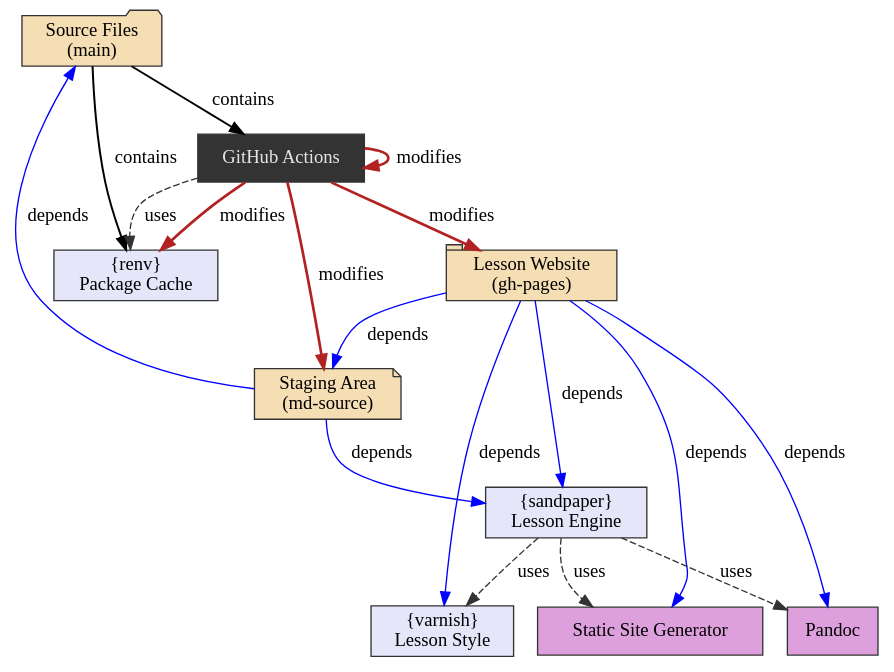
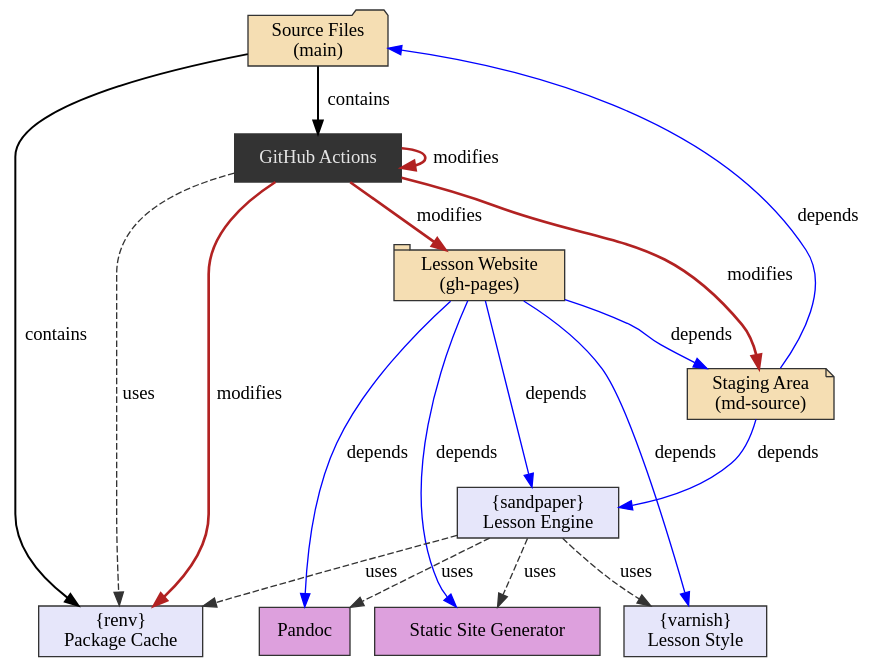
The diagram in img/independent-components.dot (zkamvar/stunning-barnacle), drawn with Graphviz before and after one commit.

Commit message:
sandpaper uses cache

```diff
--- a/img/independent-components.dot
+++ b/img/independent-components.dot
@@ -1,48 +1,49 @@
 digraph "Infrastructure Dependencies" {
 
     // Content
     node [style="filled", color="grey20", fillcolor="wheat", shape="rect"];
     source [label="Source Files\n(main)"      , shape="folder" ];
     stage  [label="Staging Area\n(md-source)" , shape="note"   ];
     site   [label="Lesson Website\n(gh-pages)", shape="tab"    ];
 
     // Tools
     node [style="filled", color="grey20", fillcolor="grey20", shape="rect"];
     actions   [label="GitHub Actions", fontcolor="grey90"]; 
 
     node [fillcolor="lavender"];
     sandpaper [label="{sandpaper}\nLesson Engine"];
     varnish   [label="{varnish}\nLesson Style"   ];
     cache     [label="{renv}\nPackage Cache"     ];
     node [fillcolor="plum"];
     engine    [label="Static Site Generator"     ];
     pandoc    [label="Pandoc"                    ];
 
     /* {rank="same"; actions, cache}; */
     
     edge [color="black", penwidth=1.5, label="contains"];
     source -> cache;
     source -> actions;
 
     edge [color="firebrick", penwidth=2, label="modifies"];
     actions     -> stage;
     actions     -> site;
     actions     -> cache;
     actions     -> actions;
     
     edge [color="blue", penwidth=1, label="depends"];
     site  -> varnish;
     site  -> engine;
     site  -> pandoc;
     site  -> stage;
     site  -> sandpaper;
     stage -> sandpaper;
     stage -> source;
 
     edge [color="grey20", label="uses", style="dashed"];
     sandpaper   -> varnish;
     sandpaper   -> pandoc;
     sandpaper   -> engine;
+    sandpaper   -> cache;
     actions     -> cache;
     
 }
```
